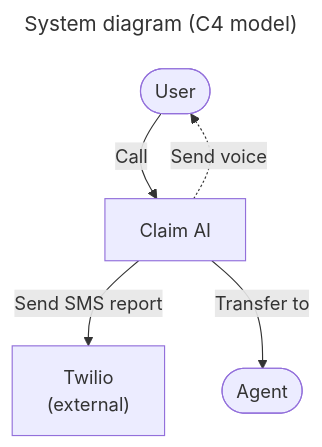
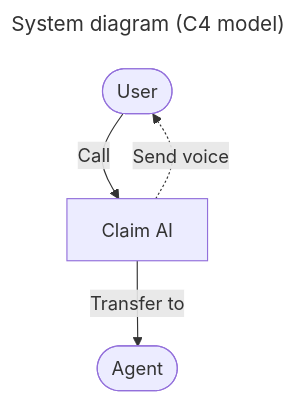
Before and after one commit to microsoft/call-center-ai: the first of 2 diagrams in README.md, drawn with Mermaid. The commit also changed other lines of this file and 4 other files, not shown here.

Commit message:
feat: Use Communication Services for SMS instead of Twilio

````diff
--- a/README.md
+++ b/README.md
@@ -63,16 +63,14 @@
 ```mermaid
 ---
 title: System diagram (C4 model)
 ---
 graph
   user(["User"])
   agent(["Agent"])
 
   api["Claim AI"]
-  twilio["Twilio\n(external)"]
 
-  api -- Send SMS report --> twilio
   api -- Transfer to --> agent
   api -. Send voice .-> user
   user -- Call --> api
 ```
````
